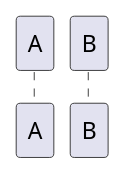
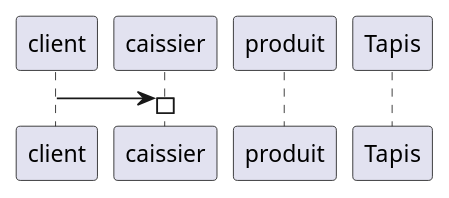
The diagram in TD5/exo1.plantuml (IUT-Blagnac/bcoo-LordHugo02), drawn with PlantUML before and after one commit.

```diff
--- a/TD5/exo1.plantuml
+++ b/TD5/exo1.plantuml
@@ -1,18 +1,24 @@
 @startuml Titre
 '--------------------------------
 ' Parametres pour le dessin
 '--------------------------------
 '--http://iut-blagnac.github.io/POO/TD4.html--
 hide circle
 hide empty members
 hide empty methods
 '--------------------------------
 
 '5.1.1
 
 
-participant A as client 
-participant B as caissier 
+participant A as "client"
+participant B as "caissier"
+participant C as "produit"
+participant D as "Tapis"
+
+A -> B
+activate B
+
 
 
 @enduml
```
